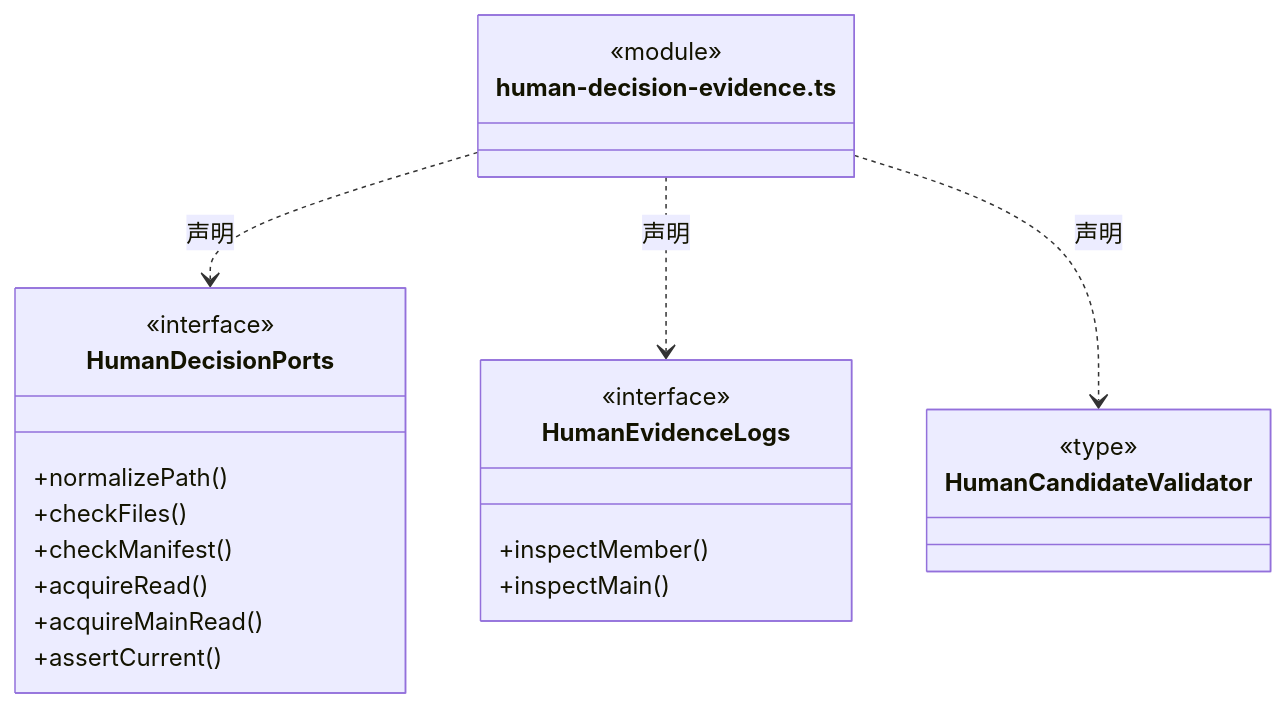
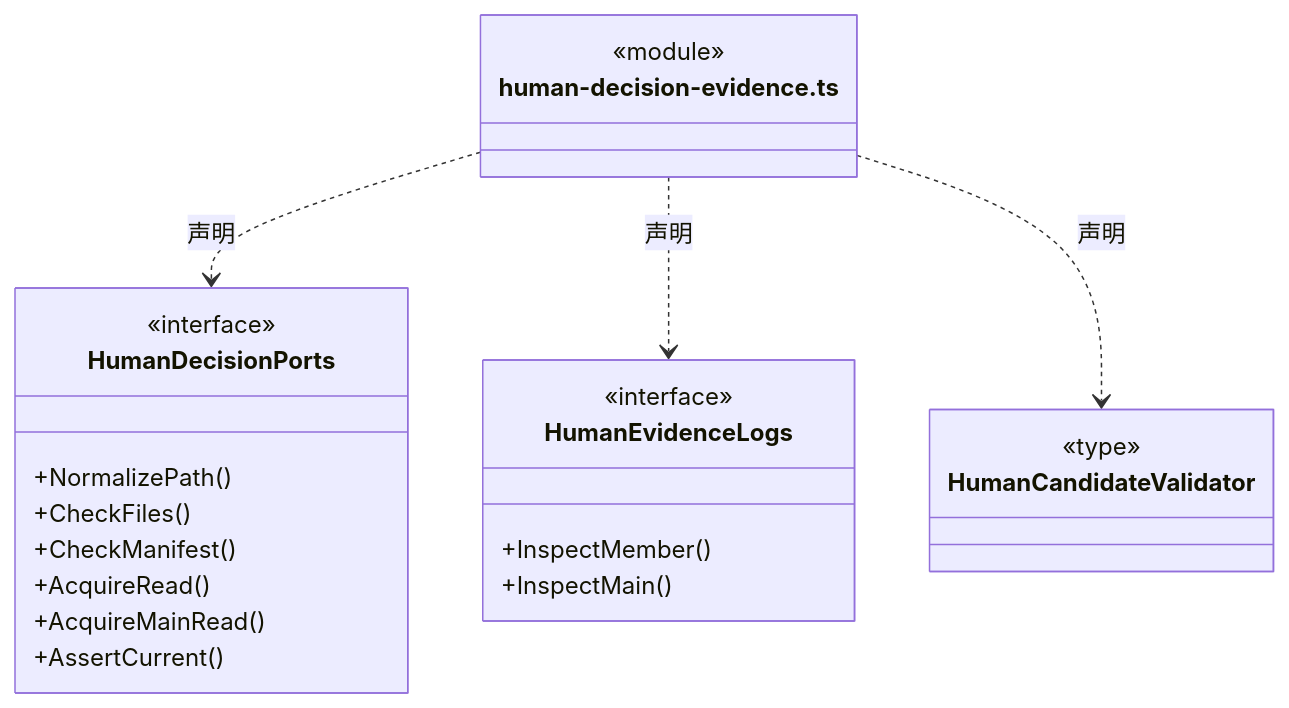
Diagram 15 of 23 in src/logic/evidence/runtime/ARCHITECTURE.md (nan023062/cbim), drawn with Mermaid before and after one commit. The commit also changed other lines of this file and 1035 other files, not shown here.

````diff
--- a/src/logic/evidence/runtime/ARCHITECTURE.md
+++ b/src/logic/evidence/runtime/ARCHITECTURE.md
@@ -328,27 +328,27 @@
 ```mermaid
 classDiagram
 class N_src_logic_evidence_runtime_human_decision_evidence_ts["human-decision-evidence.ts"] {
   <<module>>
 }
 class N_src_logic_evidence_runtime_human_decision_evidence_ts_HumanDecisionPorts["HumanDecisionPorts"] {
   <<interface>>
-  +normalizePath()
-  +checkFiles()
-  +checkManifest()
-  +acquireRead()
-  +acquireMainRead()
-  +assertCurrent()
+  +NormalizePath()
+  +CheckFiles()
+  +CheckManifest()
+  +AcquireRead()
+  +AcquireMainRead()
+  +AssertCurrent()
 }
 N_src_logic_evidence_runtime_human_decision_evidence_ts ..> N_src_logic_evidence_runtime_human_decision_evidence_ts_HumanDecisionPorts : 声明
 class N_src_logic_evidence_runtime_human_decision_evidence_ts_HumanEvidenceLogs["HumanEvidenceLogs"] {
   <<interface>>
-  +inspectMember()
-  +inspectMain()
+  +InspectMember()
+  +InspectMain()
 }
 N_src_logic_evidence_runtime_human_decision_evidence_ts ..> N_src_logic_evidence_runtime_human_decision_evidence_ts_HumanEvidenceLogs : 声明
 class N_src_logic_evidence_runtime_human_decision_evidence_ts_HumanCandidateValidator["HumanCandidateValidator"] {
   <<type>>
 
 }
 N_src_logic_evidence_runtime_human_decision_evidence_ts ..> N_src_logic_evidence_runtime_human_decision_evidence_ts_HumanCandidateValidator : 声明
 ```
````
